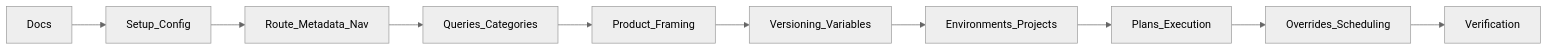
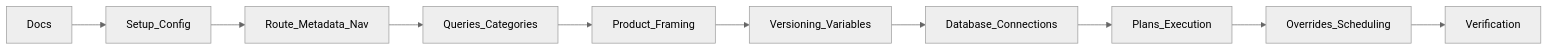
One commit to SAUCE-2/da changed the diagram in plans/README.md. Above: the diagram before and after it, drawn with Mermaid (neutral theme). The commit also changed other lines of this file and 13 other files, not shown here.

````diff
--- a/plans/README.md
+++ b/plans/README.md
@@ -53,12 +53,12 @@
 ```mermaid
 flowchart LR
   docs[Docs] --> setup[Setup_Config]
   setup --> navMeta[Route_Metadata_Nav]
   navMeta --> queries[Queries_Categories]
   queries --> framing[Product_Framing]
   framing --> versions[Versioning_Variables]
-  versions --> context[Environments_Projects]
-  context --> plans[Plans_Execution]
+  versions --> connections[Database_Connections]
+  connections --> plans[Plans_Execution]
   plans --> overrides[Overrides_Scheduling]
   overrides --> verify[Verification]
 ```
````
